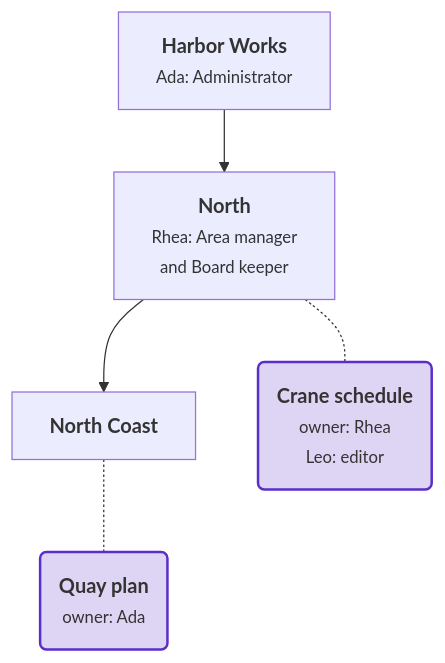
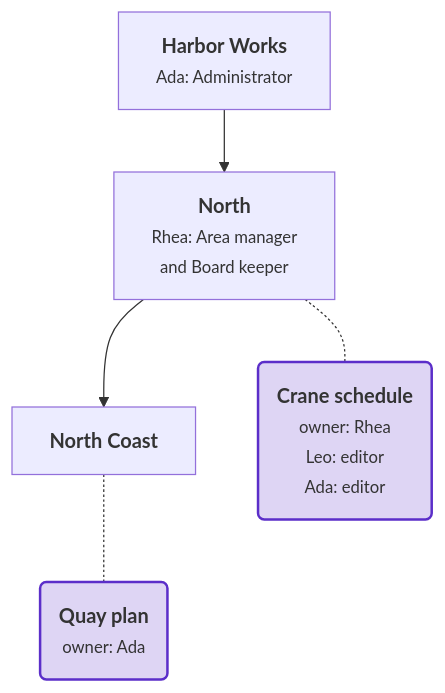
Before and after one commit to DylanSnel/DDDToolkit: the second of 2 diagrams in docs/membership/overview.md, drawn with Mermaid. The commit also changed other lines of this file and 13 other files, not shown here.

````diff
--- a/docs/membership/overview.md
+++ b/docs/membership/overview.md
@@ -161,13 +173,13 @@
 ```mermaid
 flowchart TD
     root["<b>Harbor Works</b><br/><small>Ada: Administrator</small>"]
     north["<b>North</b><br/><small>Rhea: Area manager<br/>and Board keeper</small>"]
     coast["<b>North Coast</b>"]
-    crane("<b>Crane schedule</b><br/><small>owner: Rhea<br/>Leo: editor</small>")
+    crane("<b>Crane schedule</b><br/><small>owner: Rhea<br/>Leo: editor<br/>Ada: editor</small>")
     quay("<b>Quay plan</b><br/><small>owner: Ada</small>")
     root --> north --> coast
     north -.- crane
     coast -.- quay
     classDef strong fill:#5b2ec933,stroke:#5b2ec9,stroke-width:2px
     class crane,quay strong
 ```
````
